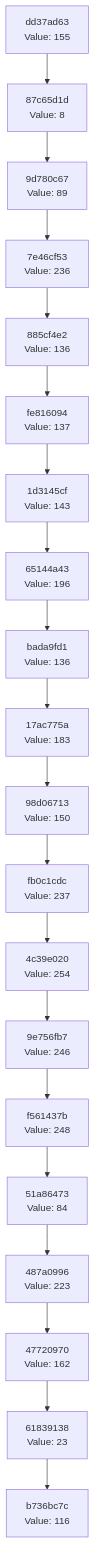
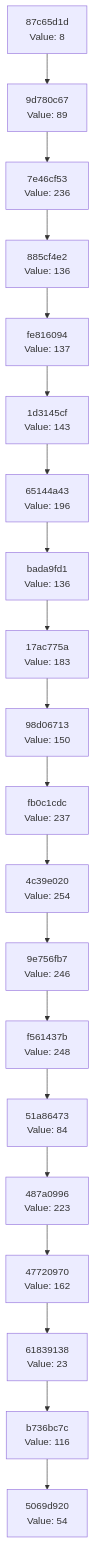
Before and after one commit to Abhisheksinha1506/hash-chain-evolver: the diagram in docs/CHAIN_VISUALIZATION.md, drawn with Mermaid. The commit also changed 2 other files, not shown here.

Commit message:
Evolution step: hash 0x36 → action executed

````diff
--- a/docs/CHAIN_VISUALIZATION.md
+++ b/docs/CHAIN_VISUALIZATION.md
@@ -3,42 +3,42 @@
 ```mermaid
 graph TD
-    C0["b736bc7c<br/>Value: 116"]
-    C1["61839138<br/>Value: 23"]
+    C0["5069d920<br/>Value: 54"]
+    C1["b736bc7c<br/>Value: 116"]
     C1 --> C0
-    C2["47720970<br/>Value: 162"]
+    C2["61839138<br/>Value: 23"]
     C2 --> C1
-    C3["487a0996<br/>Value: 223"]
+    C3["47720970<br/>Value: 162"]
     C3 --> C2
-    C4["51a86473<br/>Value: 84"]
+    C4["487a0996<br/>Value: 223"]
     C4 --> C3
-    C5["f561437b<br/>Value: 248"]
+    C5["51a86473<br/>Value: 84"]
     C5 --> C4
-    C6["9e756fb7<br/>Value: 246"]
+    C6["f561437b<br/>Value: 248"]
     C6 --> C5
-    C7["4c39e020<br/>Value: 254"]
+    C7["9e756fb7<br/>Value: 246"]
     C7 --> C6
-    C8["fb0c1cdc<br/>Value: 237"]
+    C8["4c39e020<br/>Value: 254"]
     C8 --> C7
-    C9["98d06713<br/>Value: 150"]
+    C9["fb0c1cdc<br/>Value: 237"]
     C9 --> C8
-    C10["17ac775a<br/>Value: 183"]
+    C10["98d06713<br/>Value: 150"]
     C10 --> C9
-    C11["bada9fd1<br/>Value: 136"]
+    C11["17ac775a<br/>Value: 183"]
     C11 --> C10
-    C12["65144a43<br/>Value: 196"]
+    C12["bada9fd1<br/>Value: 136"]
     C12 --> C11
-    C13["1d3145cf<br/>Value: 143"]
+    C13["65144a43<br/>Value: 196"]
     C13 --> C12
-    C14["fe816094<br/>Value: 137"]
+    C14["1d3145cf<br/>Value: 143"]
     C14 --> C13
-    C15["885cf4e2<br/>Value: 136"]
+    C15["fe816094<br/>Value: 137"]
     C15 --> C14
-    C16["7e46cf53<br/>Value: 236"]
+    C16["885cf4e2<br/>Value: 136"]
     C16 --> C15
-    C17["9d780c67<br/>Value: 89"]
+    C17["7e46cf53<br/>Value: 236"]
     C17 --> C16
-    C18["87c65d1d<br/>Value: 8"]
+    C18["9d780c67<br/>Value: 89"]
     C18 --> C17
-    C19["dd37ad63<br/>Value: 155"]
+    C19["87c65d1d<br/>Value: 8"]
     C19 --> C18
 ```
````
